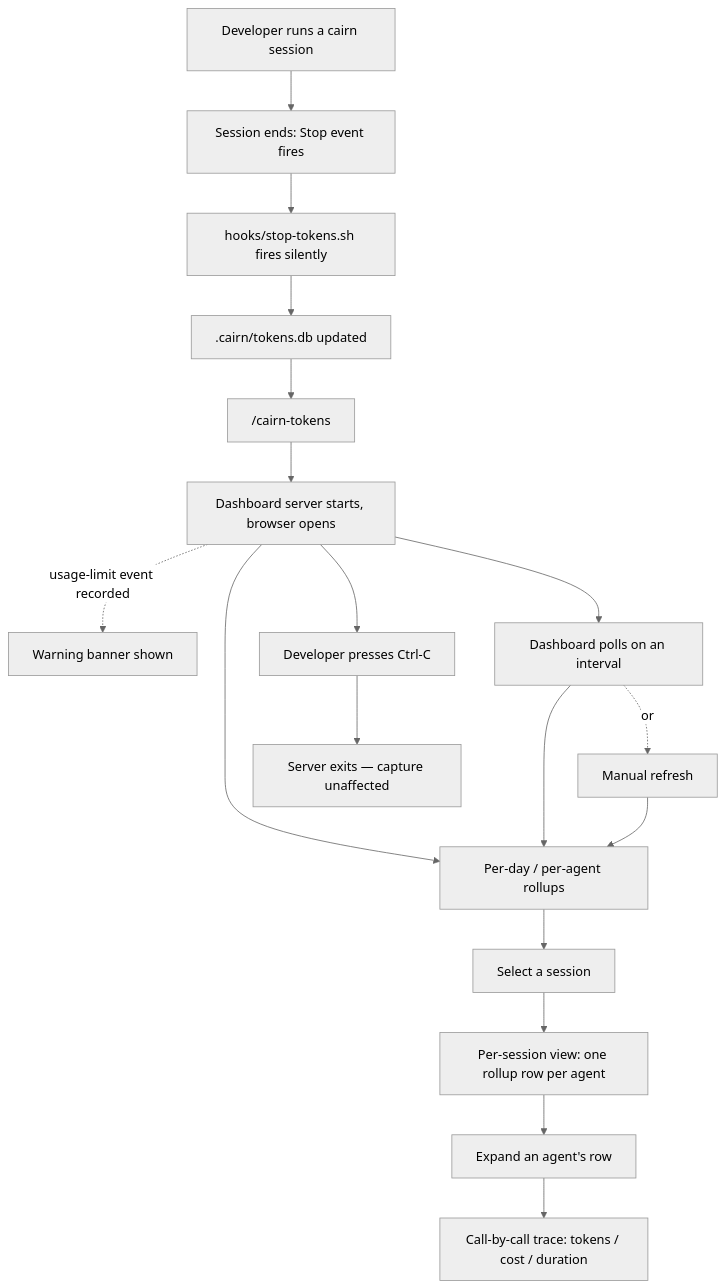
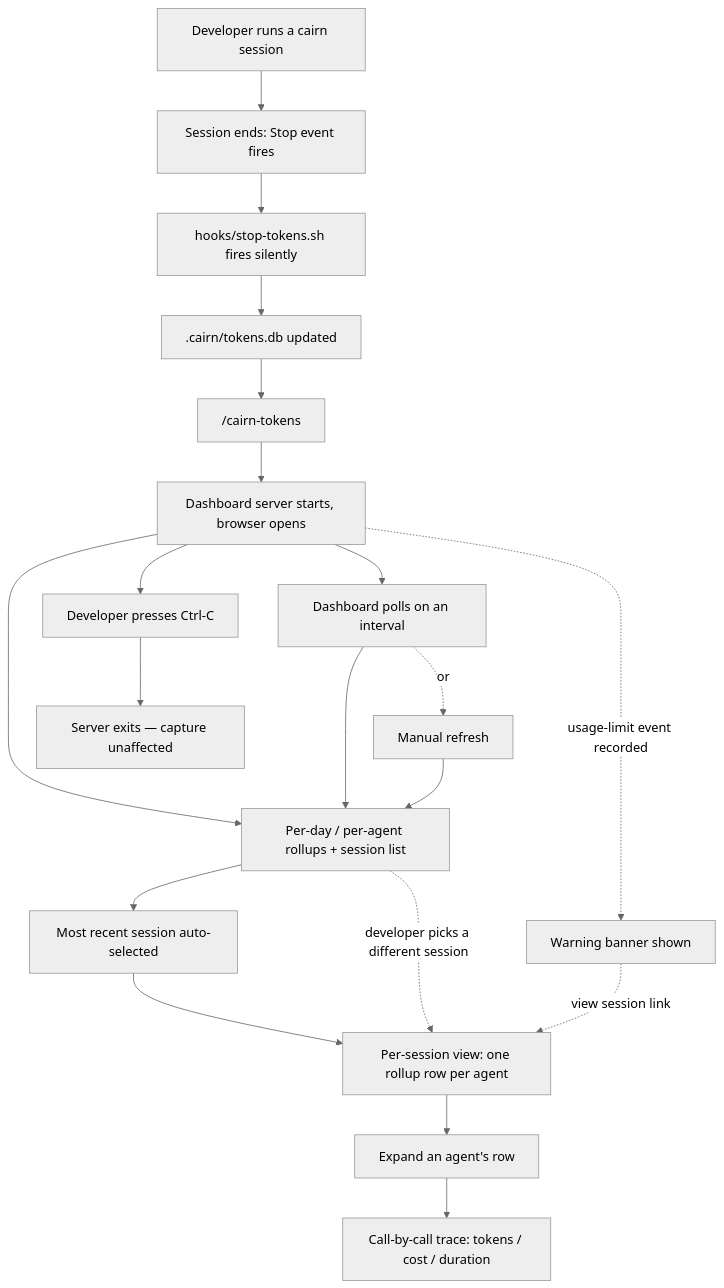
One commit to jisundr/cairn-2.0 changed the diagram in docs/token-metering/user-flow.md. Above: the diagram before and after it, drawn with Mermaid. The commit also changed other lines of this file and 1 other file, not shown here.

First line of the commit message:
Align token-metering user-flow doc with dashboard mockup

````diff
--- a/docs/token-metering/user-flow.md
+++ b/docs/token-metering/user-flow.md
@@ -7,26 +7,28 @@
 ```mermaid
 %%{init: {'theme': 'neutral'}}%%
 flowchart TD
     A[Developer runs a cairn session] --> B[Session ends: Stop event fires]
     B --> C[hooks/stop-tokens.sh fires silently]
     C --> D[.cairn/tokens.db updated]
 
     D --> E["/cairn-tokens"]
     E --> F[Dashboard server starts, browser opens]
-    F --> G[Per-day / per-agent rollups]
+    F --> G[Per-day / per-agent rollups + session list]
 
-    G --> H[Select a session]
+    G --> H[Most recent session auto-selected]
     H --> I[Per-session view: one rollup row per agent]
+    G -. developer picks a different session .-> I
     I --> J[Expand an agent's row]
     J --> K[Call-by-call trace: tokens / cost / duration]
 
     F -. usage-limit event recorded .-> L[Warning banner shown]
+    L -. "view session" link .-> I
 
     F --> M[Dashboard polls on an interval]
     M --> G
     M -. or .-> N[Manual refresh]
     N --> G
 
     F --> O[Developer presses Ctrl-C]
     O --> P[Server exits — capture unaffected]
 ```
````
